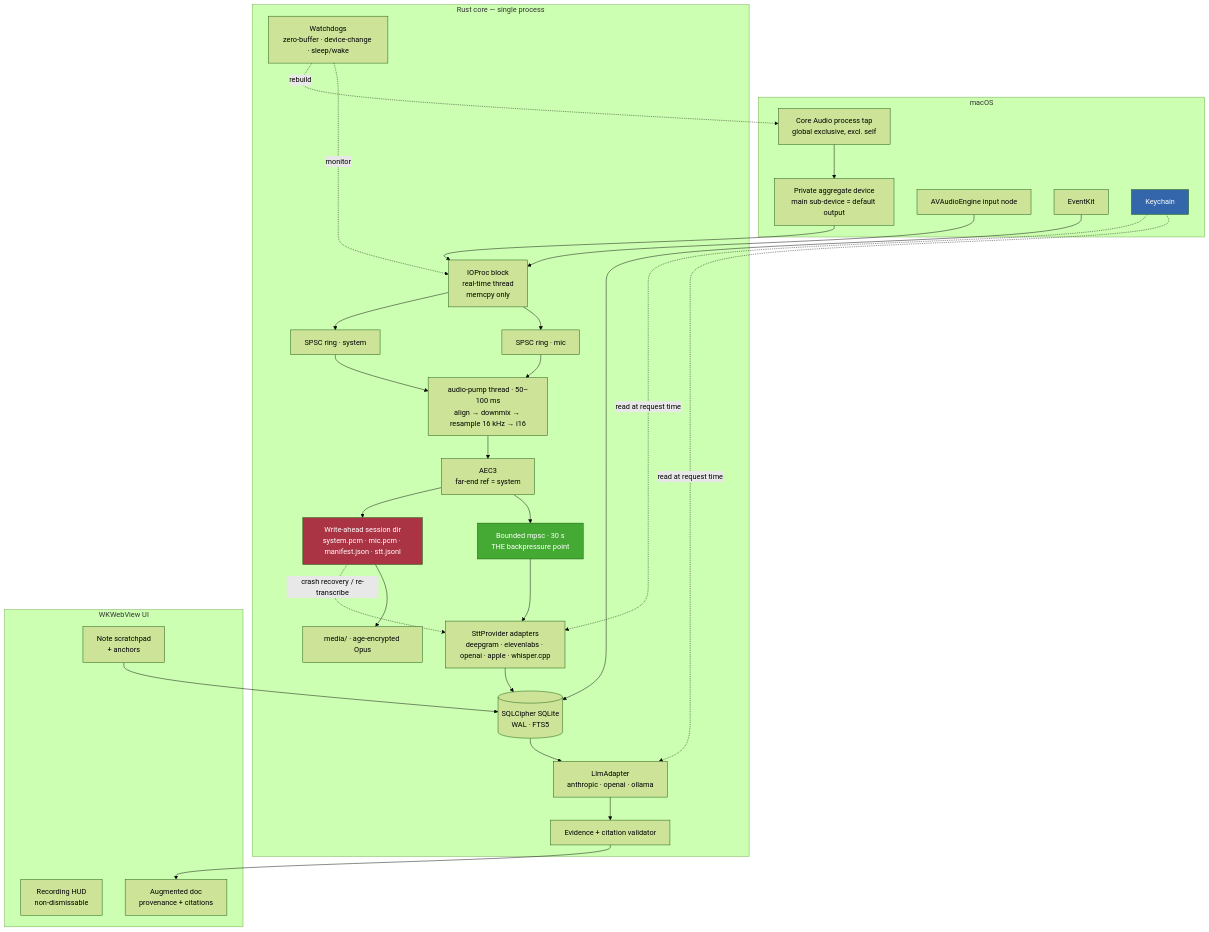
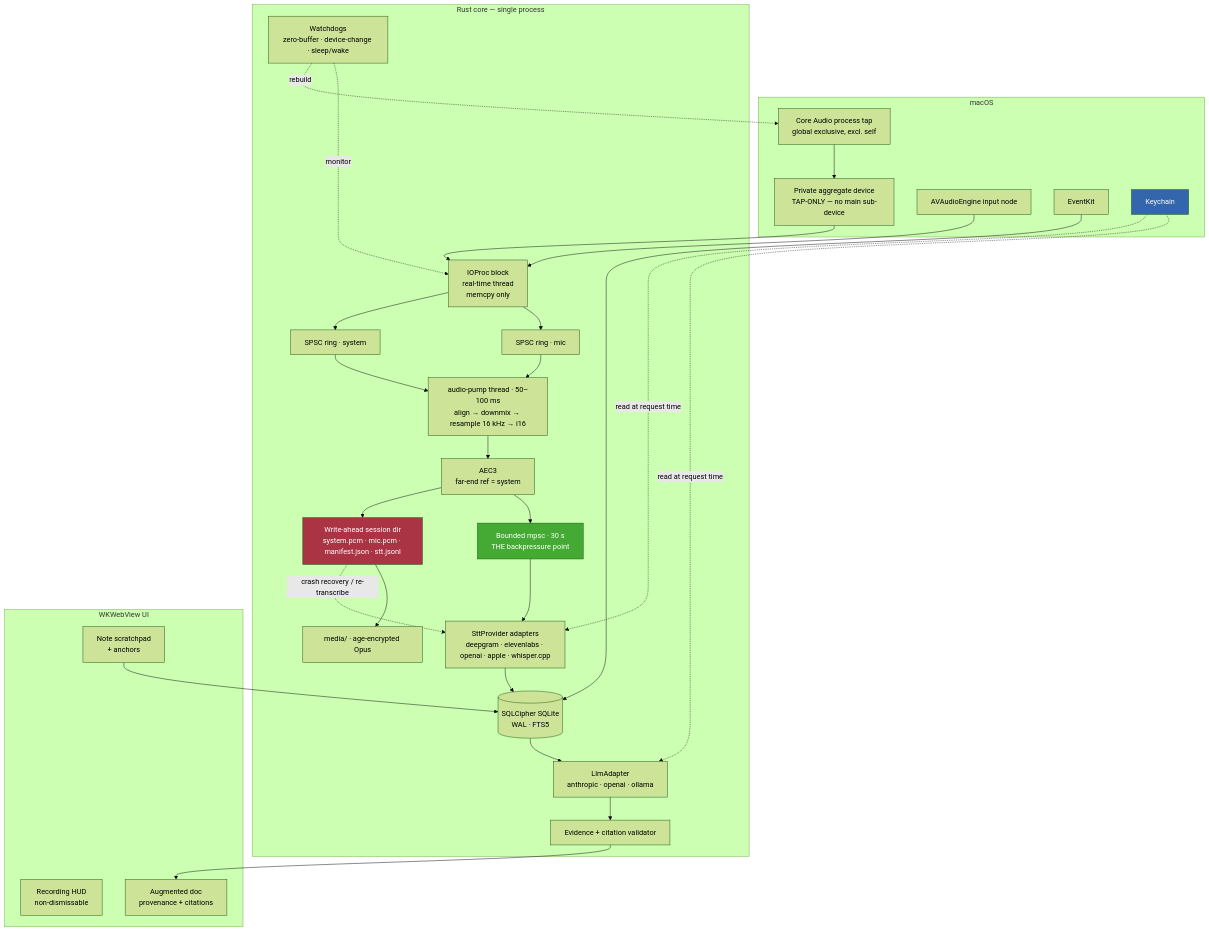
Before and after one commit to nolanmak/FlyOnTheWall: the diagram in docs/REQUIREMENTS.md, drawn with Mermaid (forest theme). The commit also changed other lines of this file and 1 other file, not shown here.

First line of the commit message:
Switch architecture to a pure-Rust daemon; correct three verified errors

````diff
--- a/docs/REQUIREMENTS.md
+++ b/docs/REQUIREMENTS.md
@@ -216,52 +229,52 @@
 ```mermaid
 graph TB
     subgraph OS["macOS"]
         TAP["Core Audio process tap<br/>global exclusive, excl. self"]
-        AGG["Private aggregate device<br/>main sub-device = default output"]
+        AGG["Private aggregate device<br/>TAP-ONLY — no main sub-device"]
         MIC["AVAudioEngine input node"]
         EK["EventKit"]
         KC["Keychain"]
     end
 
     subgraph CORE["Rust core — single process"]
         IOPROC["IOProc block<br/>real-time thread<br/>memcpy only"]
         RING1["SPSC ring · system"]
         RING2["SPSC ring · mic"]
         PUMP["audio-pump thread · 50–100 ms<br/>align → downmix → resample 16 kHz → i16"]
         AEC["AEC3<br/>far-end ref = system"]
         WAL["Write-ahead session dir<br/>system.pcm · mic.pcm · manifest.json · stt.jsonl"]
         WATCH["Watchdogs<br/>zero-buffer · device-change · sleep/wake"]
         MPSC["Bounded mpsc · 30 s<br/>THE backpressure point"]
         STT["SttProvider adapters<br/>deepgram · elevenlabs · openai · apple · whisper.cpp"]
         LLM["LlmAdapter<br/>anthropic · openai · ollama"]
         VAL["Evidence + citation validator"]
         DB[("SQLCipher SQLite<br/>WAL · FTS5")]
         MEDIA["media/ · age-encrypted Opus"]
     end
 
     subgraph UI["WKWebView UI"]
         HUD["Recording HUD<br/>non-dismissable"]
         NOTE["Note scratchpad<br/>+ anchors"]
         DOC["Augmented doc<br/>provenance + citations"]
     end
 
     TAP --> AGG --> IOPROC
     MIC --> IOPROC
     IOPROC --> RING1 & RING2
     RING1 & RING2 --> PUMP
     PUMP --> AEC --> WAL
     WATCH -.rebuild.-> TAP
     WATCH -.monitor.-> IOPROC
     AEC --> MPSC --> STT
     STT --> DB
     WAL -.crash recovery / re-transcribe.-> STT
     NOTE --> DB
     DB --> LLM --> VAL --> DOC
     EK --> DB
     KC -.read at request time.-> STT & LLM
     WAL --> MEDIA
 
     style MPSC fill:#4a3,color:#fff
     style WAL fill:#a34,color:#fff
     style KC fill:#36a,color:#fff
 ```
````
